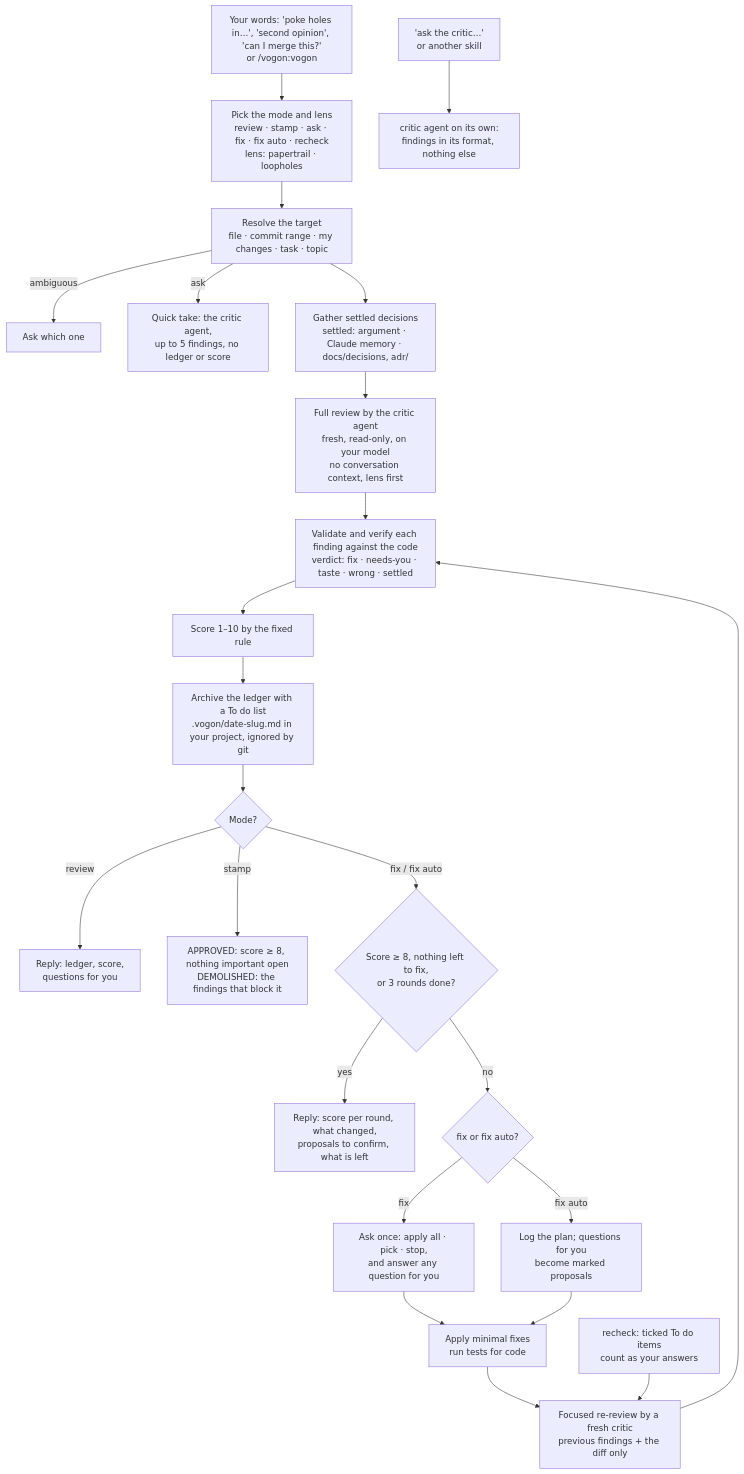
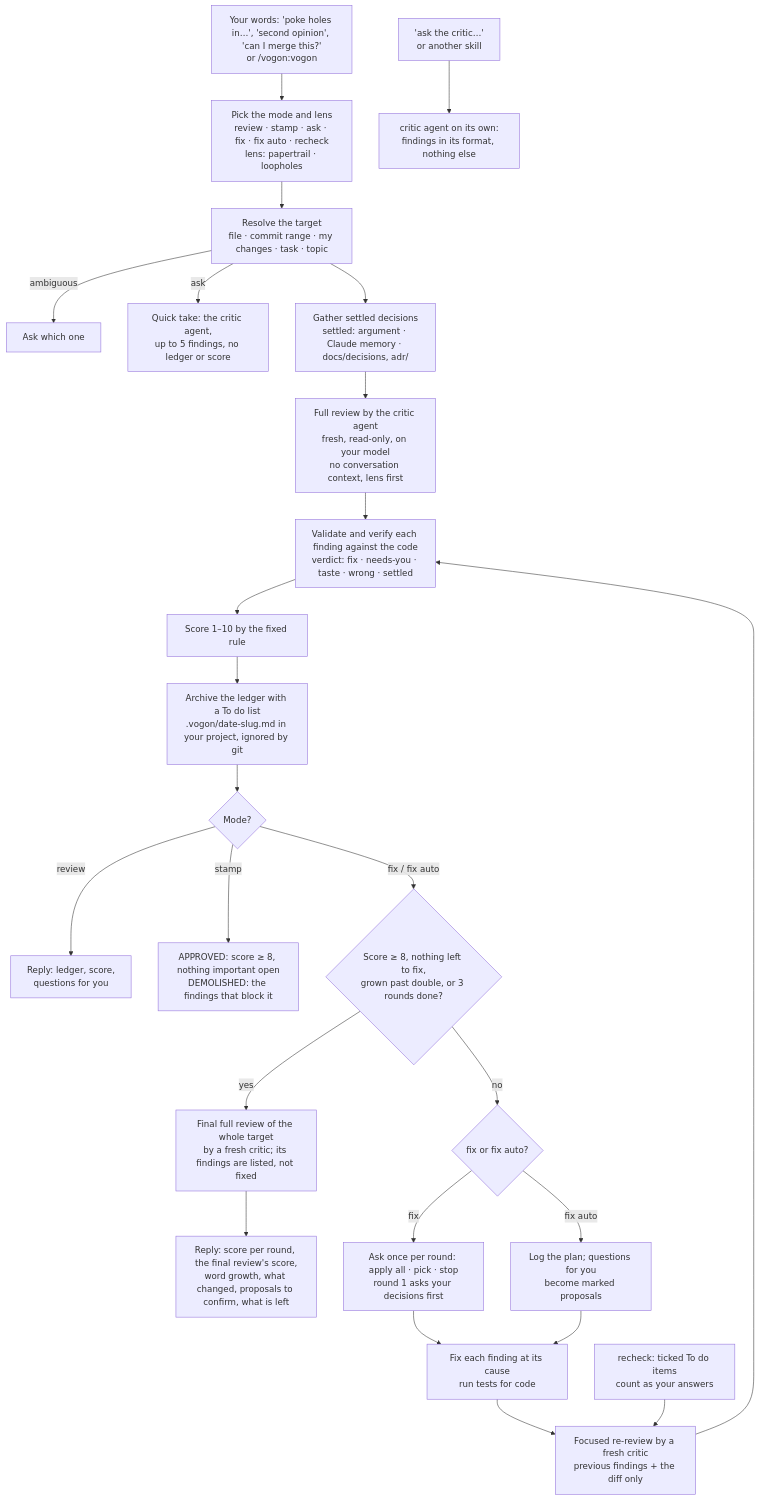
Before and after one commit to vjfrosty/vogon: the diagram in README.md, drawn with Mermaid. The commit also changed other lines of this file and 10 other files, not shown here.

Commit message:
Fix findings at their cause, ask the user's decisions before the first round, limit growth in words and report a final full review's score: four test runs reported 4-5 where a blind review gave 5-6; remove the claim that the loop reached 10

````diff
--- a/README.md
+++ b/README.md
@@ -138,26 +138,27 @@
 ```mermaid
 flowchart TD
     U["Your words: 'poke holes in…', 'second opinion', 'can I merge this?'<br/>or /vogon:vogon"] --> MO["Pick the mode and lens<br/>review · stamp · ask · fix · fix auto · recheck<br/>lens: papertrail · loopholes"]
     MO --> B["Resolve the target<br/>file · commit range · my changes · task · topic"]
     B -->|ambiguous| ASK1["Ask which one"]
     B -->|ask| QK["Quick take: the critic agent,<br/>up to 5 findings, no ledger or score"]
     B --> C["Gather settled decisions<br/>settled: argument · Claude memory · docs/decisions, adr/"]
     C --> D["Full review by the critic agent<br/>fresh, read-only, on your model<br/>no conversation context, lens first"]
     D --> V["Validate and verify each finding against the code<br/>verdict: fix · needs-you · taste · wrong · settled"]
     V --> I["Score 1–10 by the fixed rule"]
     I --> J["Archive the ledger with a To do list<br/>.vogon/date-slug.md in your project, ignored by git"]
     J --> K{"Mode?"}
     K -->|review| R["Reply: ledger, score,<br/>questions for you"]
     K -->|stamp| ST["APPROVED: score ≥ 8, nothing important open<br/>DEMOLISHED: the findings that block it"]
-    K -->|fix / fix auto| L{"Score ≥ 8, nothing left to fix,<br/>or 3 rounds done?"}
-    L -->|yes| S["Reply: score per round, what changed,<br/>proposals to confirm, what is left"]
+    K -->|fix / fix auto| L{"Score ≥ 8, nothing left to fix,<br/>grown past double, or 3 rounds done?"}
+    L -->|yes| FF["Final full review of the whole target<br/>by a fresh critic; its findings are listed, not fixed"]
+    FF --> S["Reply: score per round, the final review's score,<br/>word growth, what changed, proposals to confirm, what is left"]
     L -->|no| N{"fix or fix auto?"}
-    N -->|fix| O["Ask once: apply all · pick · stop,<br/>and answer any question for you"]
+    N -->|fix| O["Ask once per round: apply all · pick · stop<br/>round 1 asks your decisions first"]
     N -->|fix auto| P["Log the plan; questions for you<br/>become marked proposals"]
-    O --> Q["Apply minimal fixes<br/>run tests for code"]
+    O --> Q["Fix each finding at its cause<br/>run tests for code"]
     P --> Q
     Q --> F["Focused re-review by a fresh critic<br/>previous findings + the diff only"]
     F --> V
     RC["recheck: ticked To do items<br/>count as your answers"] --> F
     AG["'ask the critic…'<br/>or another skill"] --> CR["critic agent on its own:<br/>findings in its format, nothing else"]
 ```
````
